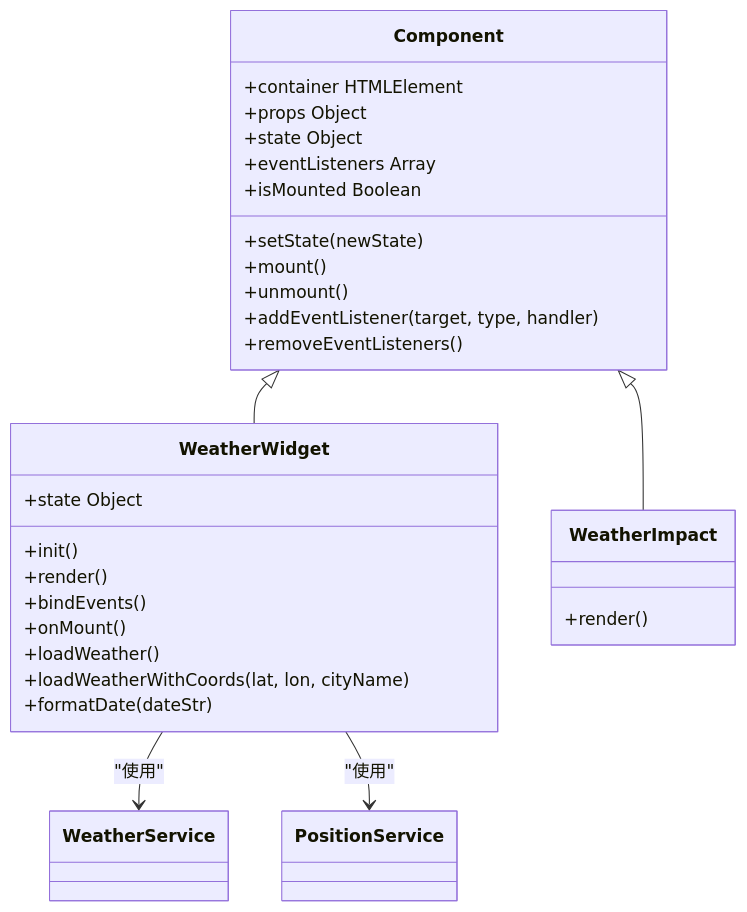
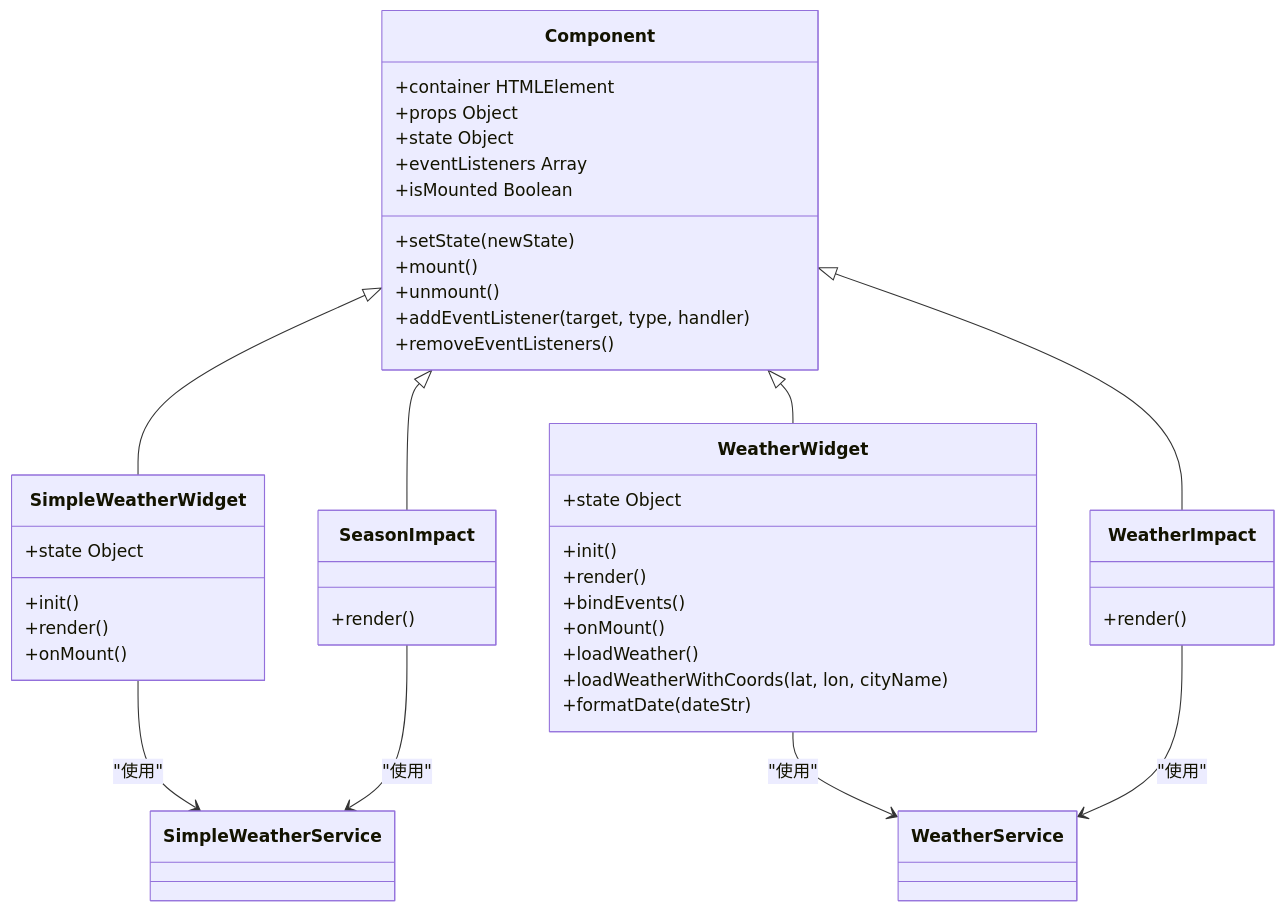
The third of 7 diagrams in .qoder/repowiki/zh/content/用户界面组件/天气组件.md (jeankeim/wuxing-fashion), drawn with Mermaid before and after one commit. The commit also changed other lines of this file and 27 other files, not shown here.

````diff
--- a/.qoder/repowiki/zh/content/用户界面组件/天气组件.md
+++ b/.qoder/repowiki/zh/content/用户界面组件/天气组件.md
@@ -145,32 +163,45 @@
 ```mermaid
 classDiagram
 class Component {
 +container HTMLElement
 +props Object
 +state Object
 +eventListeners Array
 +isMounted Boolean
 +setState(newState)
 +mount()
 +unmount()
 +addEventListener(target, type, handler)
 +removeEventListeners()
 }
+class SimpleWeatherWidget {
++state Object
++init()
++render()
++onMount()
+}
+class SeasonImpact {
++render()
+}
 class WeatherWidget {
 +state Object
 +init()
 +render()
 +bindEvents()
 +onMount()
 +loadWeather()
 +loadWeatherWithCoords(lat, lon, cityName)
 +formatDate(dateStr)
 }
 class WeatherImpact {
 +render()
 }
+Component <|-- SimpleWeatherWidget
+Component <|-- SeasonImpact
 Component <|-- WeatherWidget
 Component <|-- WeatherImpact
+SimpleWeatherWidget --> SimpleWeatherService : "使用"
+SeasonImpact --> SimpleWeatherService : "使用"
 WeatherWidget --> WeatherService : "使用"
-WeatherWidget --> PositionService : "使用"
+WeatherImpact --> WeatherService : "使用"
 ```
````
